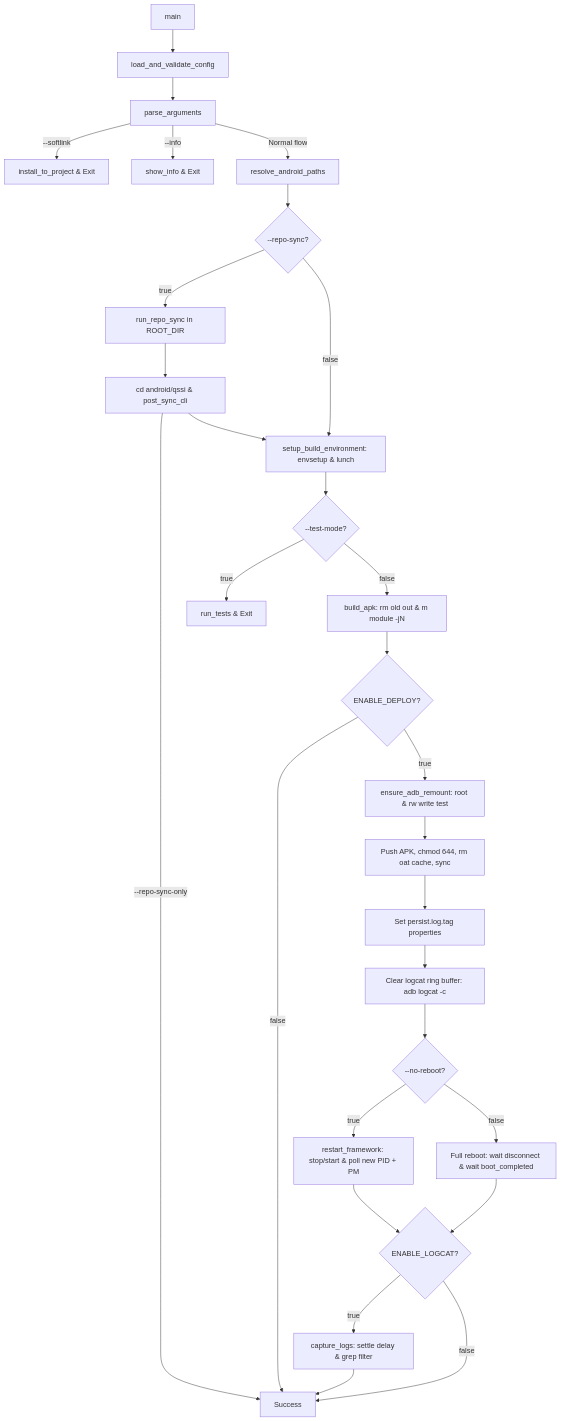
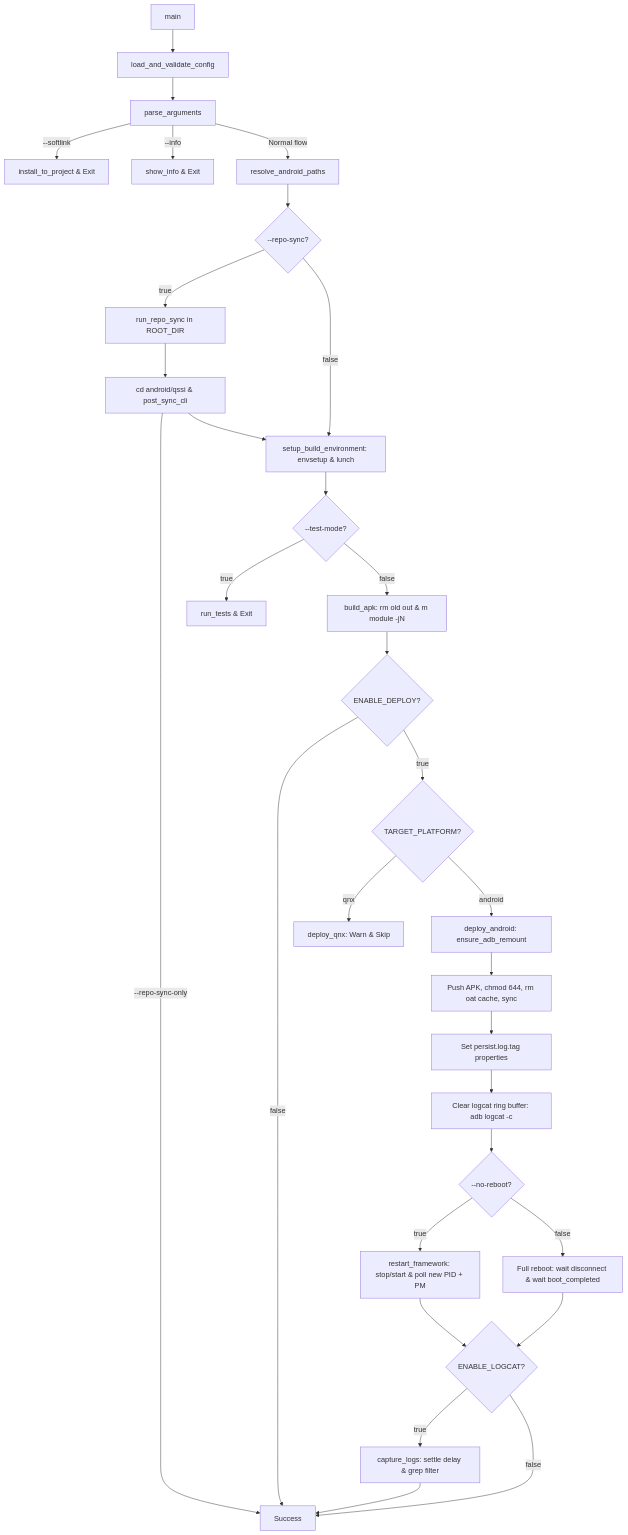
The diagram in Java_Android/scripts/build/README.md (letrthong/telua_skill), drawn with Mermaid before and after one commit. The commit also changed other lines of this file and 2 other files, not shown here.

````diff
--- a/Java_Android/scripts/build/README.md
+++ b/Java_Android/scripts/build/README.md
@@ -313,31 +327,33 @@
 ```mermaid
 flowchart TD
     A[main] --> B[load_and_validate_config]
     B --> C[parse_arguments]
     C -->|--softlink| D[install_to_project & Exit]
     C -->|--info| E[show_info & Exit]
     C -->|Normal flow| F[resolve_android_paths]
     F --> G{--repo-sync?}
     G -->|true| H1[run_repo_sync in ROOT_DIR]
     H1 --> H2[cd android/qssi & post_sync_cli]
     H2 -->|--repo-sync-only| Z[Exit 0]
     H2 --> I[setup_build_environment: envsetup & lunch]
     G -->|false| I
     I --> J{--test-mode?}
     J -->|true| K[run_tests & Exit]
     J -->|false| L[build_apk: rm old out & m module -jN]
     L --> M{ENABLE_DEPLOY?}
     M -->|false| Z[Success]
-    M -->|true| N[ensure_adb_remount: root & rw write test]
+    M -->|true| M2{TARGET_PLATFORM?}
+    M2 -->|qnx| Z_QNX[deploy_qnx: Warn & Skip]
+    M2 -->|android| N[deploy_android: ensure_adb_remount]
     N --> O[Push APK, chmod 644, rm oat cache, sync]
     O --> P[Set persist.log.tag properties]
     P --> Q[Clear logcat ring buffer: adb logcat -c]
     Q --> R{--no-reboot?}
     R -->|true| S[restart_framework: stop/start & poll new PID + PM]
     R -->|false| T[Full reboot: wait disconnect & wait boot_completed]
     S --> U{ENABLE_LOGCAT?}
     T --> U
     U -->|true| V[capture_logs: settle delay & grep filter]
     U -->|false| Z
     V --> Z
 ```
````
